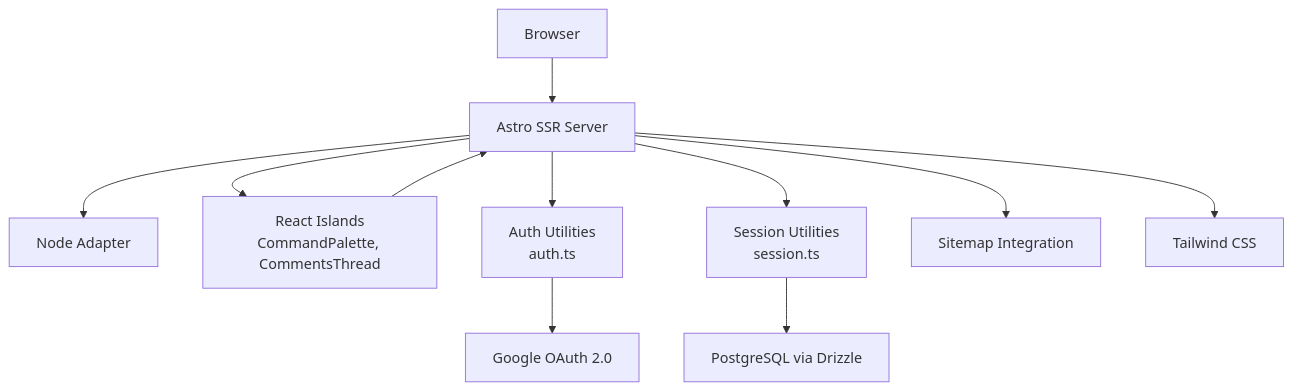
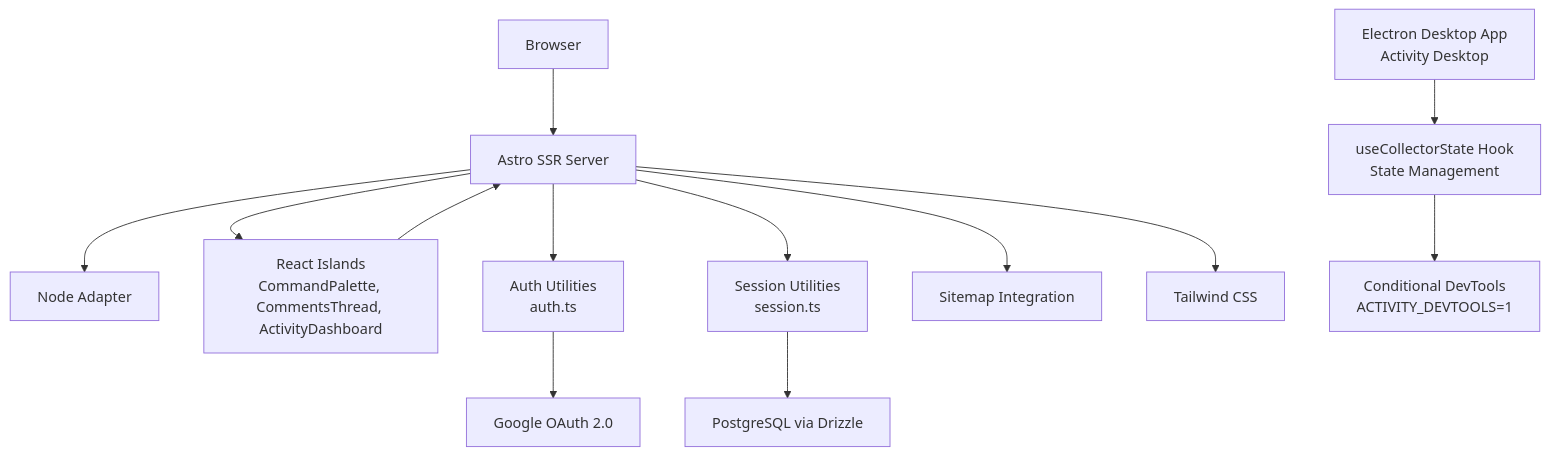
One commit to WizardJIOCb/rodion.pro changed the second of 8 diagrams in .qoder/repowiki/en/content/Development Guidelines.md. Above: the diagram before and after it, drawn with Mermaid. The commit also changed other lines of this file and 32 other files, not shown here.

````diff
--- a/.qoder/repowiki/en/content/Development Guidelines.md
+++ b/.qoder/repowiki/en/content/Development Guidelines.md
@@ -137,23 +185,28 @@
 ```mermaid
 graph TB
 Browser["Browser"]
 AstroServer["Astro SSR Server"]
 NodeAdapter["Node Adapter"]
-ReactIslands["React Islands<br/>CommandPalette, CommentsThread"]
+ReactIslands["React Islands<br/>CommandPalette, CommentsThread, ActivityDashboard"]
 AuthLib["Auth Utilities<br/>auth.ts"]
 SessionLib["Session Utilities<br/>session.ts"]
 DB["PostgreSQL via Drizzle"]
 GoogleOAuth["Google OAuth 2.0"]
 Sitemap["Sitemap Integration"]
 Tailwind["Tailwind CSS"]
+DesktopApp["Electron Desktop App<br/>Activity Desktop"]
+CollectorState["useCollectorState Hook<br/>State Management"]
+DevTools["Conditional DevTools<br/>ACTIVITY_DEVTOOLS=1"]
 Browser --> AstroServer
 AstroServer --> NodeAdapter
 AstroServer --> ReactIslands
 AstroServer --> AuthLib
 AstroServer --> SessionLib
 AstroServer --> Sitemap
 AstroServer --> Tailwind
 AuthLib --> GoogleOAuth
 SessionLib --> DB
 ReactIslands --> AstroServer
+DesktopApp --> CollectorState
+CollectorState --> DevTools
 ```
````
